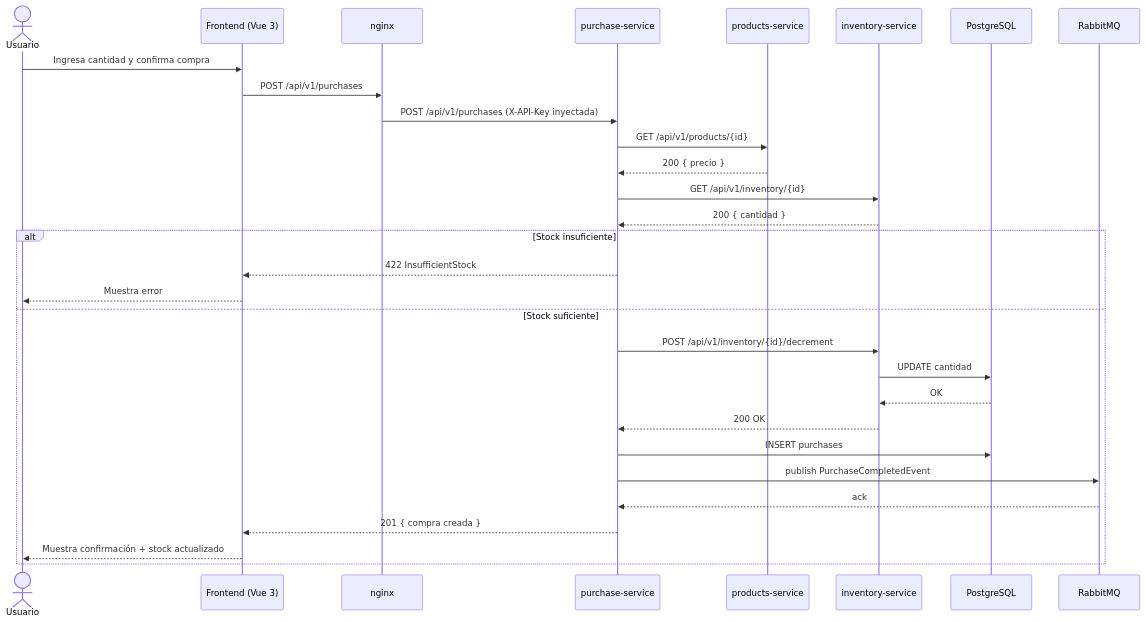
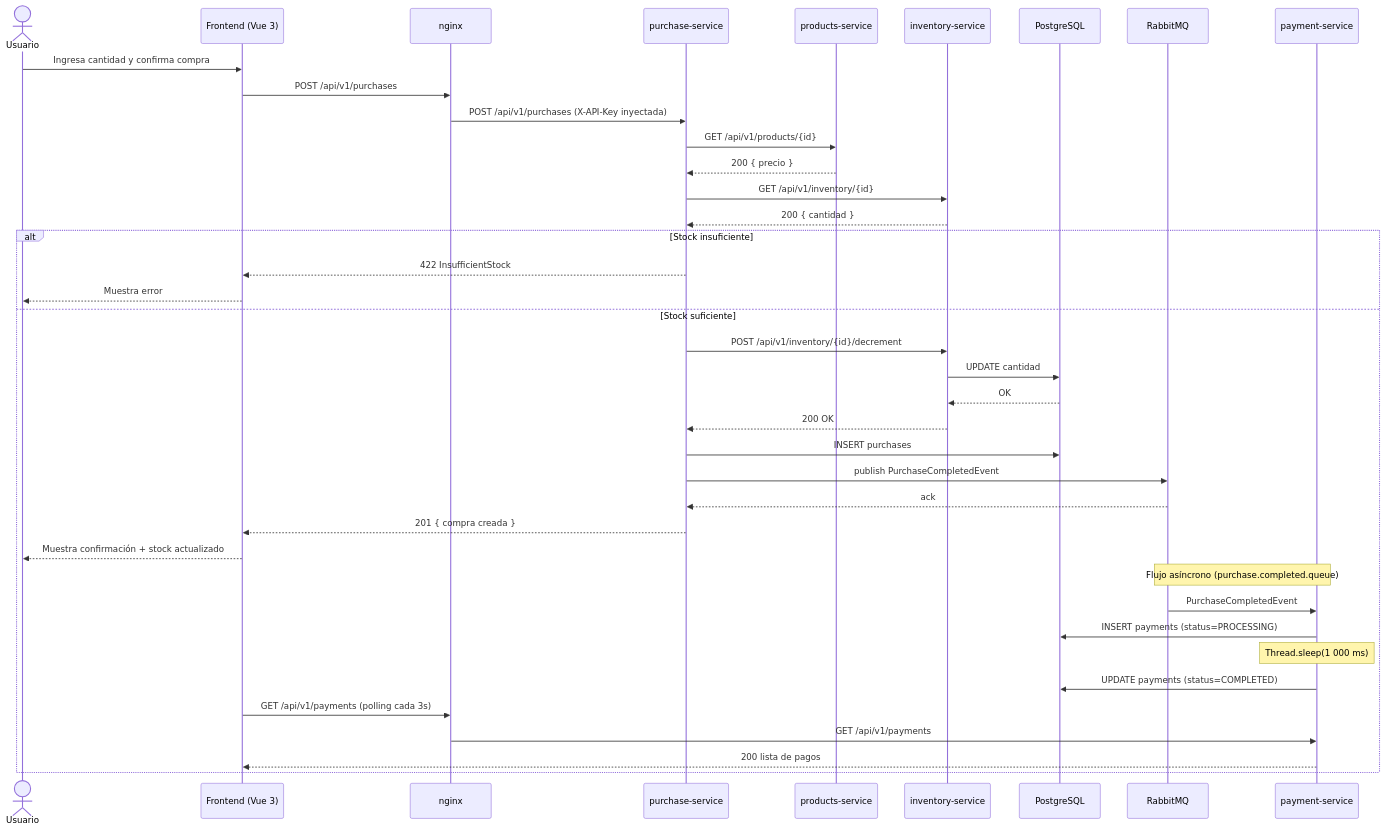
Before and after one commit to aescorcia1993/inventory-fullStack: the diagram in README.md, drawn with Mermaid. The commit also changed other lines of this file and 27 other files, not shown here.

````diff
--- a/README.md
+++ b/README.md
@@ -139,37 +168,47 @@
 ```mermaid
 sequenceDiagram
     actor Usuario
     participant FE as Frontend (Vue 3)
     participant NG as nginx
     participant PUS as purchase-service
     participant PS as products-service
     participant IS as inventory-service
     participant DB as PostgreSQL
     participant RMQ as RabbitMQ
+    participant PAY as payment-service
 
     Usuario->>FE: Ingresa cantidad y confirma compra
     FE->>NG: POST /api/v1/purchases
     NG->>PUS: POST /api/v1/purchases (X-API-Key inyectada)
 
     PUS->>PS: GET /api/v1/products/{id}
     PS-->>PUS: 200 { precio }
 
     PUS->>IS: GET /api/v1/inventory/{id}
     IS-->>PUS: 200 { cantidad }
 
     alt Stock insuficiente
         PUS-->>FE: 422 InsufficientStock
         FE-->>Usuario: Muestra error
     else Stock suficiente
         PUS->>IS: POST /api/v1/inventory/{id}/decrement
         IS->>DB: UPDATE cantidad
         DB-->>IS: OK
         IS-->>PUS: 200 OK
 
         PUS->>DB: INSERT purchases
         PUS->>RMQ: publish PurchaseCompletedEvent
         RMQ-->>PUS: ack
         PUS-->>FE: 201 { compra creada }
         FE-->>Usuario: Muestra confirmación + stock actualizado
+
+        Note over RMQ,PAY: Flujo asíncrono (purchase.completed.queue)
+        RMQ->>PAY: PurchaseCompletedEvent
+        PAY->>DB: INSERT payments (status=PROCESSING)
+        Note over PAY: Thread.sleep(1 000 ms)
+        PAY->>DB: UPDATE payments (status=COMPLETED)
+        FE->>NG: GET /api/v1/payments (polling cada 3s)
+        NG->>PAY: GET /api/v1/payments
+        PAY-->>FE: 200 lista de pagos
     end
 ```
````
